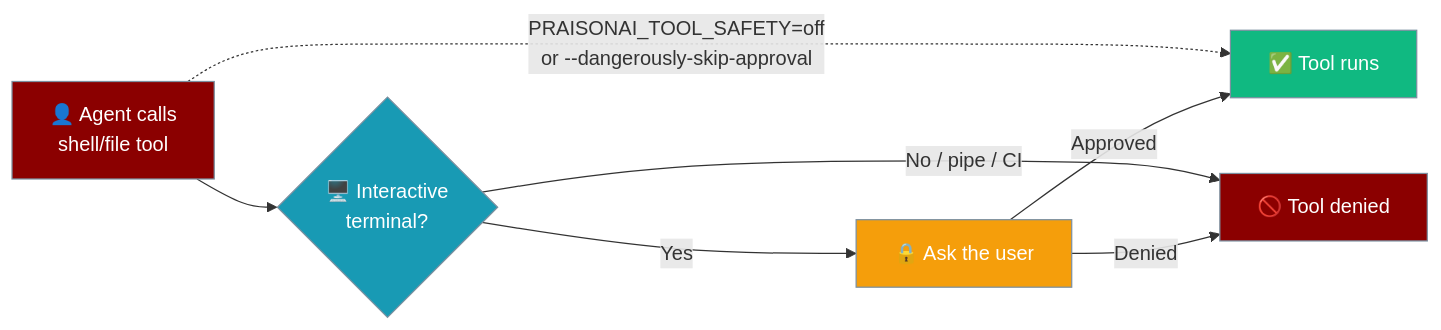
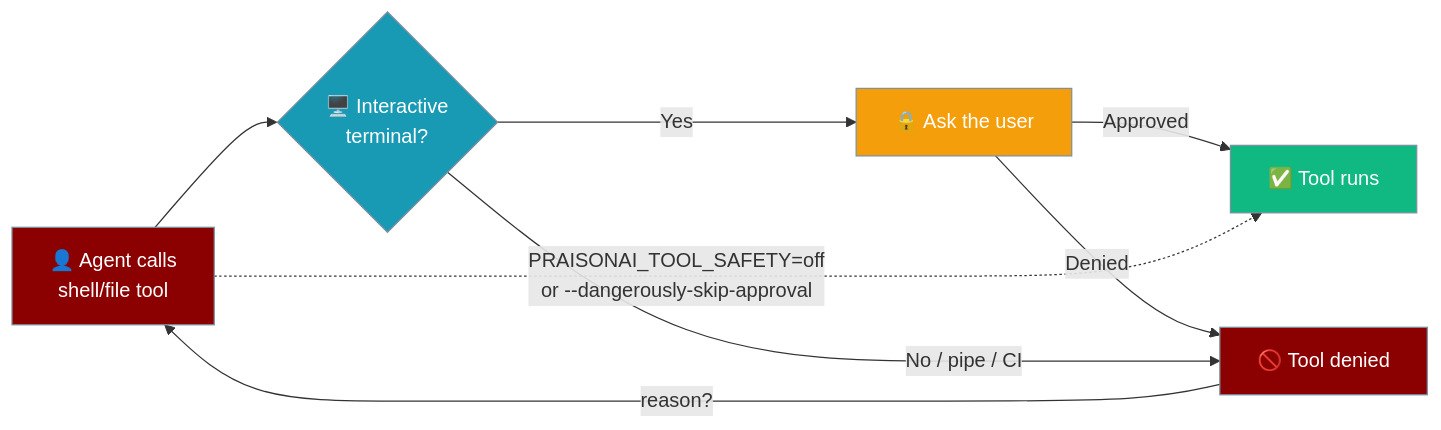
One commit to MervinPraison/PraisonAIDocs changed the diagram in docs/cli/tool-approval.mdx. Above: the diagram before and after it, drawn with Mermaid. The commit also changed other lines of this file and 2 other files, not shown here.

Commit message:
docs: document reject-with-reason in interactive tool approval (fixes #2173)

````diff
--- a/docs/cli/tool-approval.mdx
+++ b/docs/cli/tool-approval.mdx
@@ -10,22 +10,23 @@
 ```mermaid
 graph LR
     A[👤 Agent calls<br/>shell/file tool] --> B{🖥️ Interactive<br/>terminal?}
     B -->|Yes| C[🔒 Ask the user]
     C -->|Approved| D[✅ Tool runs]
     C -->|Denied| E[🚫 Tool denied]
+    E -->|reason?| A
     B -->|No / pipe / CI| E
     A -.->|PRAISONAI_TOOL_SAFETY=off<br/>or --dangerously-skip-approval| D
 
     classDef agent fill:#8B0000,stroke:#7C90A0,color:#fff
     classDef decision fill:#189AB4,stroke:#7C90A0,color:#fff
     classDef approved fill:#10B981,stroke:#7C90A0,color:#fff
     classDef ask fill:#F59E0B,stroke:#7C90A0,color:#fff
     classDef denied fill:#8B0000,stroke:#7C90A0,color:#fff
     classDef bypass fill:#6366F1,stroke:#7C90A0,color:#fff
 
     class A agent
     class B decision
     class C ask
     class D approved
     class E denied
 ```
````
